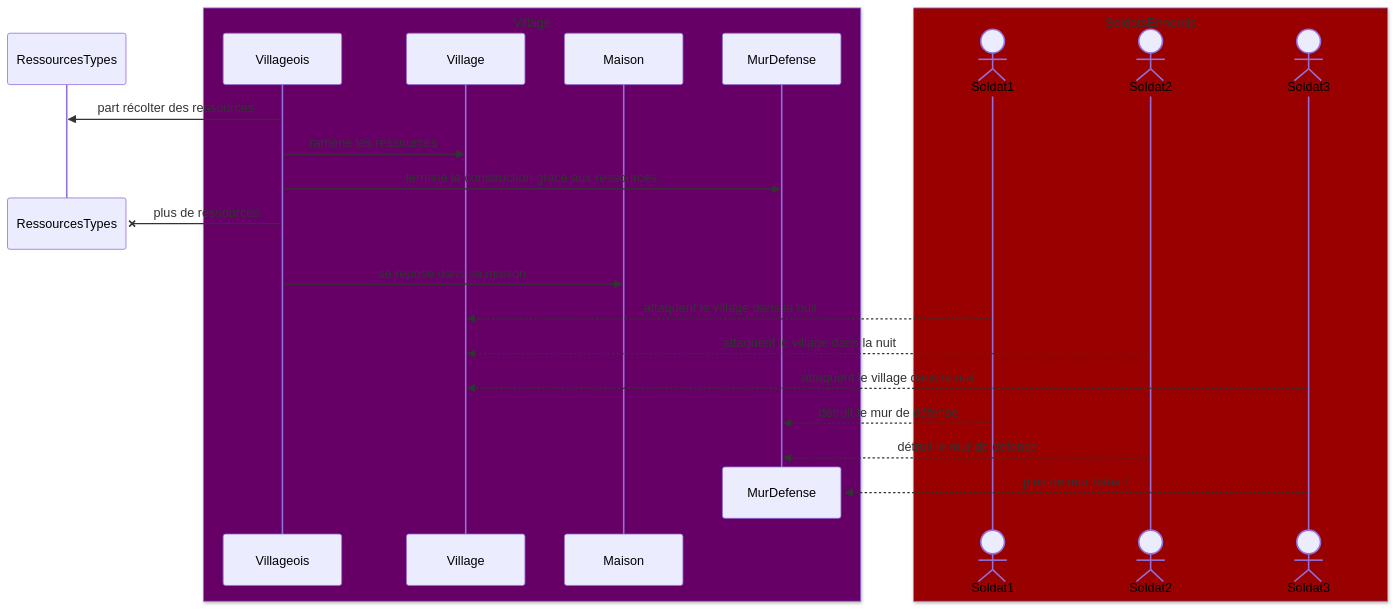
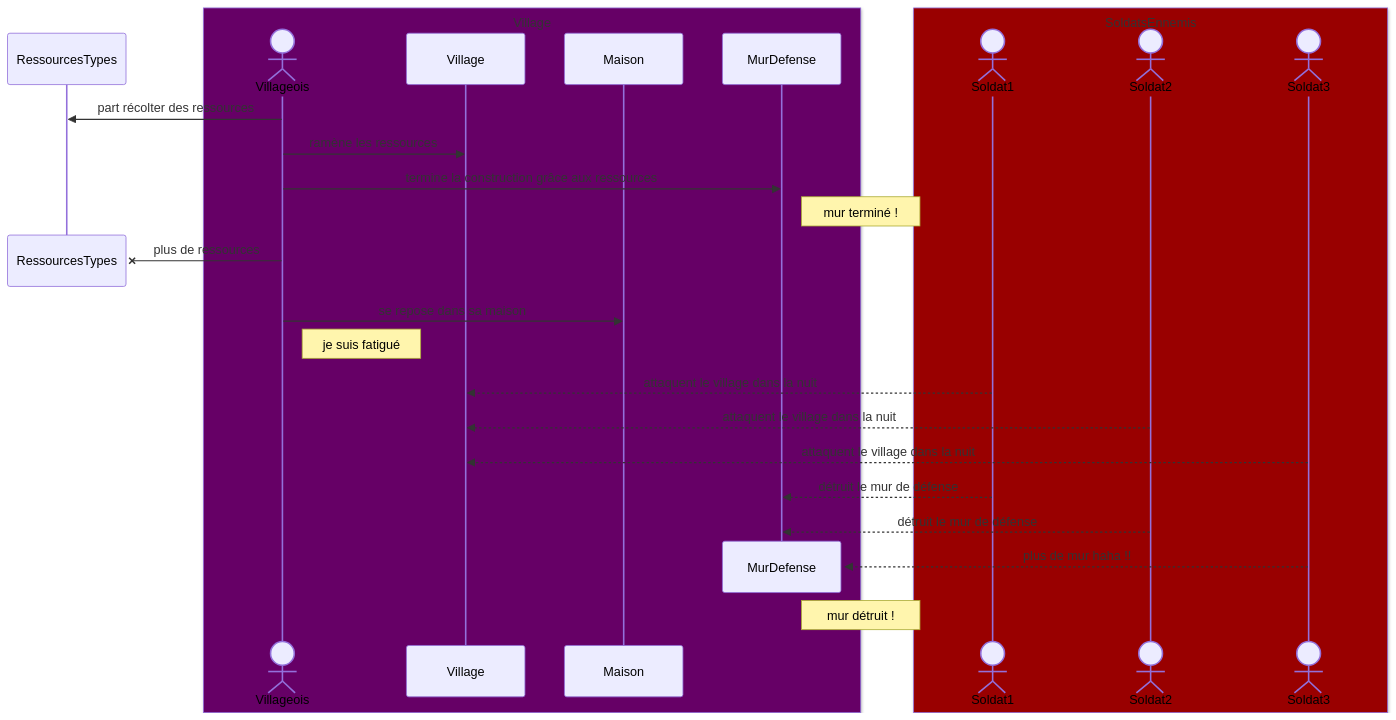
The diagram in SEQUENCEDIAGRAM.md (tcht-marie/brief08-POO-java), drawn with Mermaid before and after one commit.

````diff
--- a/SEQUENCEDIAGRAM.md
+++ b/SEQUENCEDIAGRAM.md
@@ -3,43 +3,47 @@
 ```mermaid
 ---
 titre: Nebula Game Labs
 ---
 
 sequenceDiagram
     participant RessourcesTypes
+    actor Villageois
     
     Villageois->>RessourcesTypes : part récolter des ressources
     
     box rgb(102,0,102) Village
         participant  Villageois
         participant Village
         participant Maison
         participant MurDefense
     end
     
     Villageois->>Village : ramène les ressources
     
     Villageois->>MurDefense : termine la construction grâce aux ressources
+    note right of MurDefense : mur terminé !
     
     destroy RessourcesTypes
     Villageois-xRessourcesTypes : plus de ressources
 
     Villageois->>Maison : se repose dans sa maison
+    note right of Villageois : je suis fatigué
     
     box rgb(153,0,0) SoldatsEnnemis
     actor Soldat1
     actor Soldat2
     actor Soldat3
     end
     Soldat1-->>Village : attaquent le village dans la nuit
     Soldat2-->>Village : attaquent le village dans la nuit
     Soldat3-->>Village : attaquent le village dans la nuit
 
     Soldat1-->>MurDefense : détruit le mur de défense
     Soldat2-->>MurDefense : détruit le mur de défense
     destroy MurDefense
     Soldat3-->>MurDefense : plus de mur haha !!
+    note right of MurDefense : mur détruit !
 
     
 
 ```
````
